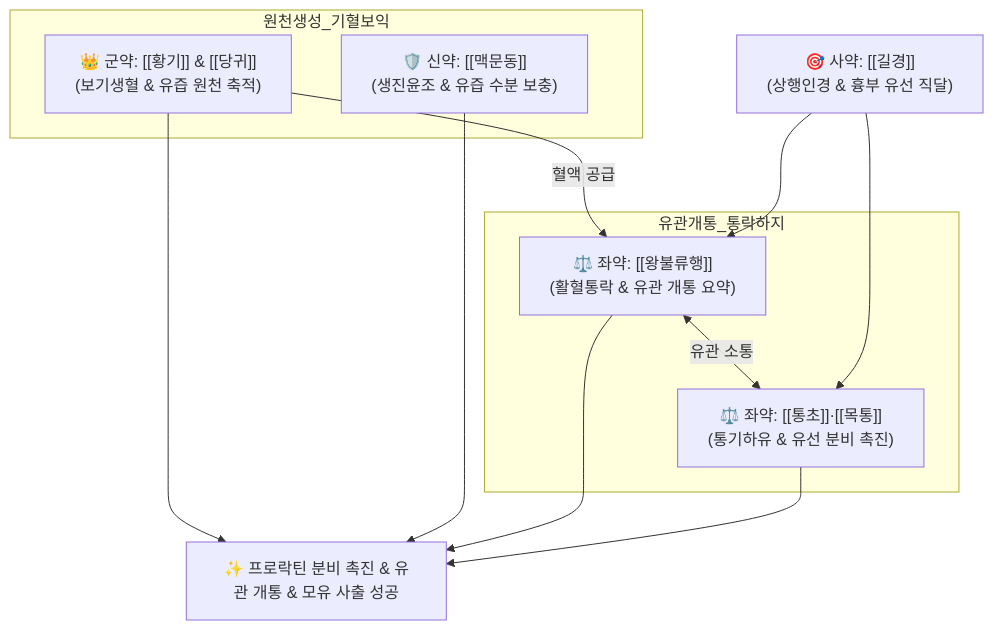
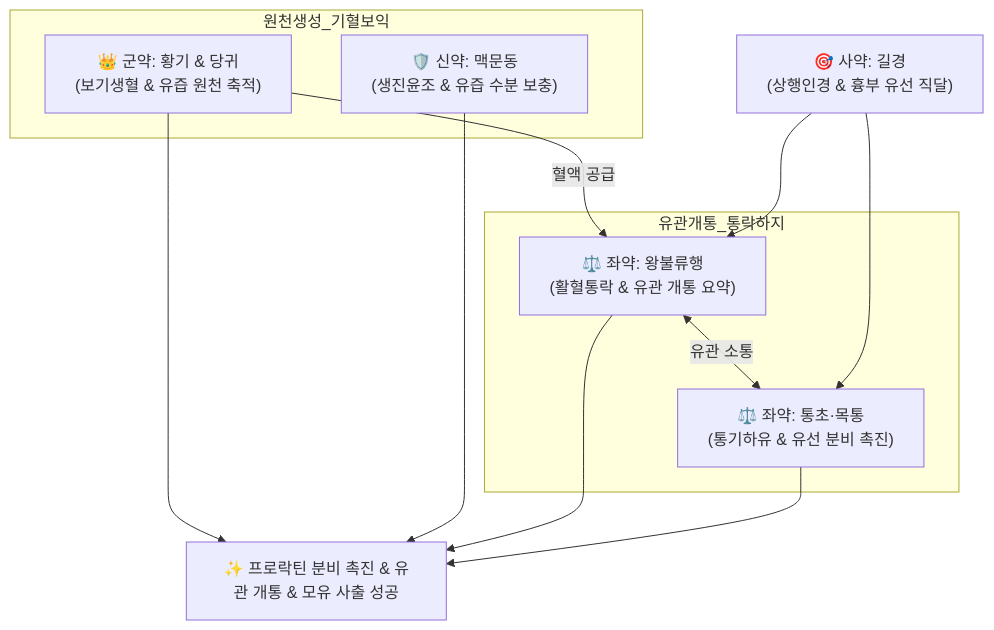
The diagram in content/2. 약리 공부/처방/02_보익제/통유탕.md (simbio11/simbio-digital-garden2), drawn with Mermaid before and after one commit. The commit also changed other lines of this file and 323 other files, not shown here.

````diff
--- a/content/2. 약리 공부/처방/02_보익제/통유탕.md
+++ b/content/2. 약리 공부/처방/02_보익제/통유탕.md
@@ -47,16 +49,16 @@
 ```mermaid
 graph TD
     subgraph 원천생성_기혈보익
-        HG["👑 군약: [[황기]] & [[당귀]]<br>(보기생혈 & 유즙 원천 축적)"]
-        MMD["🛡️ 신약: [[맥문동]]<br>(생진윤조 & 유즙 수분 보충)"]
+        HG["👑 군약: 황기 & 당귀<br>(보기생혈 & 유즙 원천 축적)"]
+        MMD["🛡️ 신약: 맥문동<br>(생진윤조 & 유즙 수분 보충)"]
     end
     subgraph 유관개통_통락하지
-        WB["⚖️ 좌약: [[왕불류행]]<br>(활혈통락 & 유관 개통 요약)"]
-        TC["⚖️ 좌약: [[통초]]·[[목통]]<br>(통기하유 & 유선 분비 촉진)"]
+        WB["⚖️ 좌약: 왕불류행<br>(활혈통락 & 유관 개통 요약)"]
+        TC["⚖️ 좌약: 통초·목통<br>(통기하유 & 유선 분비 촉진)"]
     end
-    GG["🎯 사약: [[길경]]<br>(상행인경 & 흉부 유선 직달)"]
+    GG["🎯 사약: 길경<br>(상행인경 & 흉부 유선 직달)"]
     HG -->|혈액 공급| WB
     WB <-->|유관 소통| TC
     GG --> WB & TC
     HG & MMD & WB & TC --> Target["✨ 프로락틴 분비 촉진 & 유관 개통 & 모유 사출 성공"]
 ```
````
